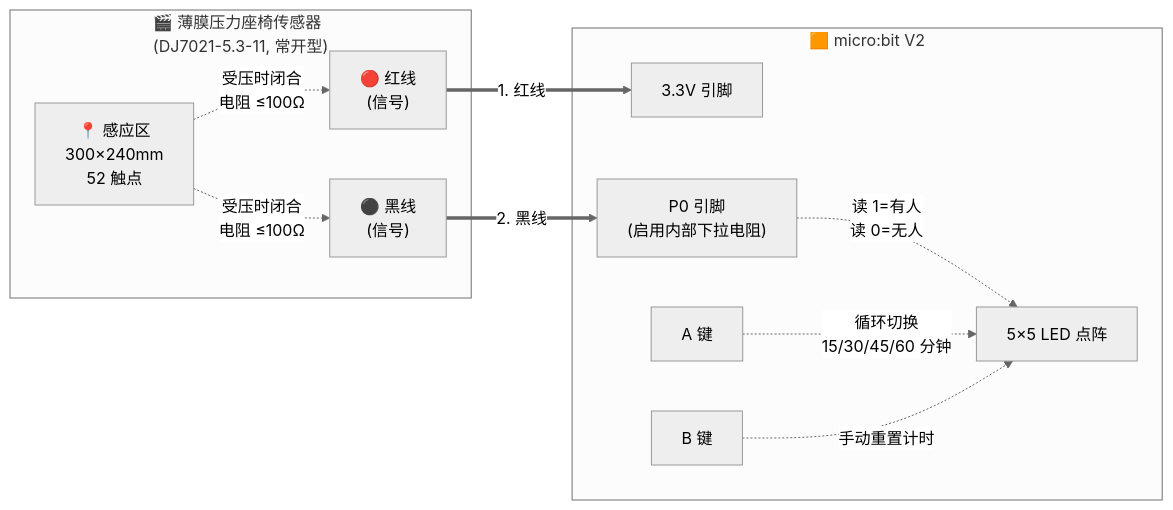
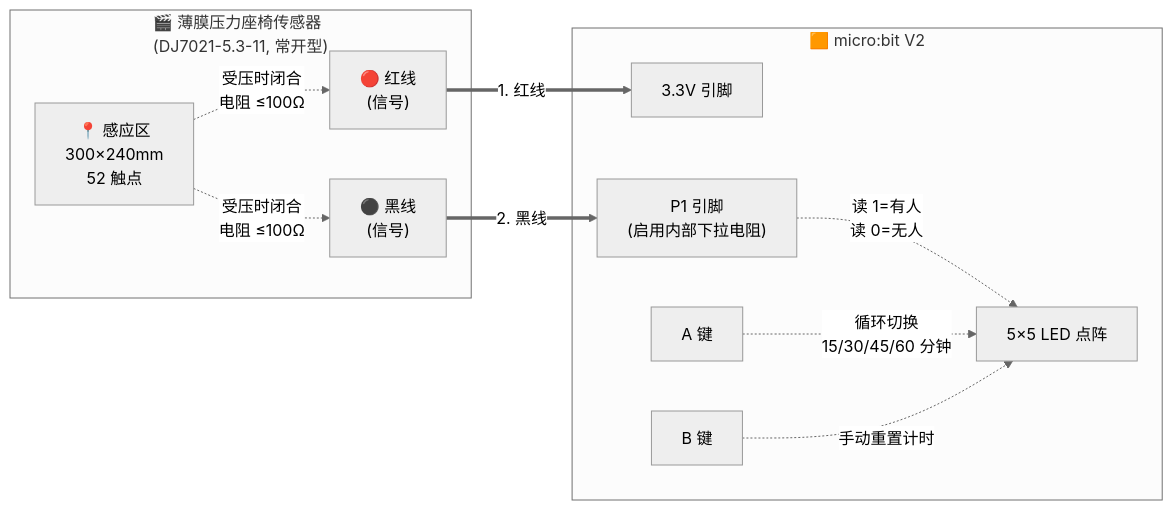
Before and after one commit to rdhuht/sitdetecter: the first of 2 diagrams in README.md, drawn with Mermaid (neutral theme). The commit also changed other lines of this file, not shown here.

````diff
--- a/README.md
+++ b/README.md
@@ -45,25 +45,25 @@
 ```mermaid
 graph LR
     subgraph SENSOR["🎬 薄膜压力座椅传感器<br/>(DJ7021-5.3-11, 常开型)"]
         S_RED["🔴 红线<br/>(信号)"]
         S_BLACK["⚫ 黑线<br/>(信号)"]
         S_PAD["📍 感应区<br/>300×240mm<br/>52 触点"]
     end
 
     subgraph MB["🟧 micro:bit V2"]
         V33["3.3V 引脚"]
-        P0["P0 引脚<br/>(启用内部下拉电阻)"]
+        P1["P1 引脚<br/>(启用内部下拉电阻)"]
         LED["5×5 LED 点阵"]
         BTN_A["A 键"]
         BTN_B["B 键"]
     end
 
     S_RED ==>|"1. 红线"| V33
-    S_BLACK ==>|"2. 黑线"| P0
+    S_BLACK ==>|"2. 黑线"| P1
     S_PAD -.->|"受压时闭合<br/>电阻 ≤100Ω"| S_RED
     S_PAD -.->|"受压时闭合<br/>电阻 ≤100Ω"| S_BLACK
 
-    P0 -.->|"读 1=有人<br/>读 0=无人"| LED
+    P1 -.->|"读 1=有人<br/>读 0=无人"| LED
     BTN_A -.->|"循环切换<br/>15/30/45/60 分钟"| LED
     BTN_B -.->|"手动重置计时"| LED
 ```
````
